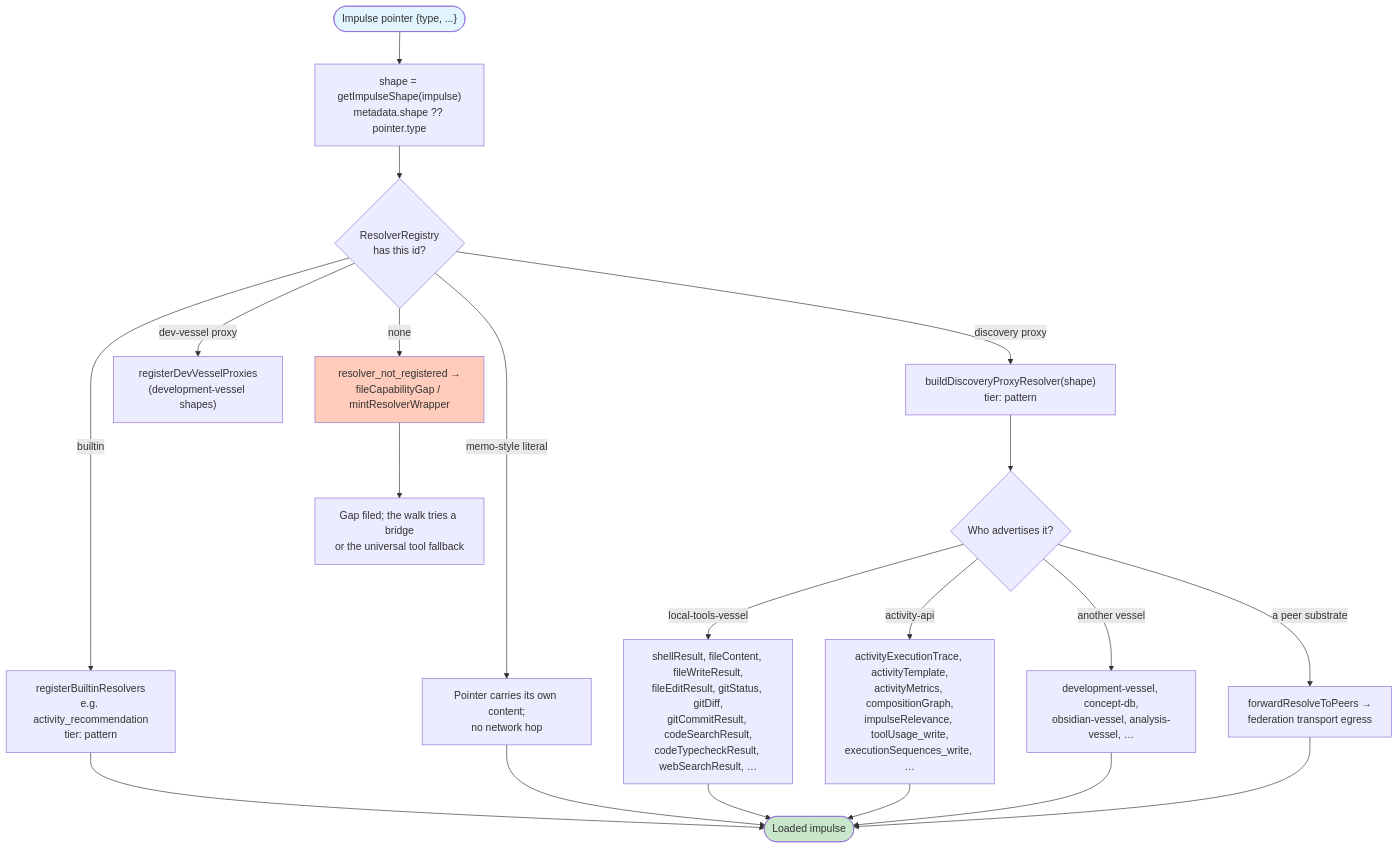
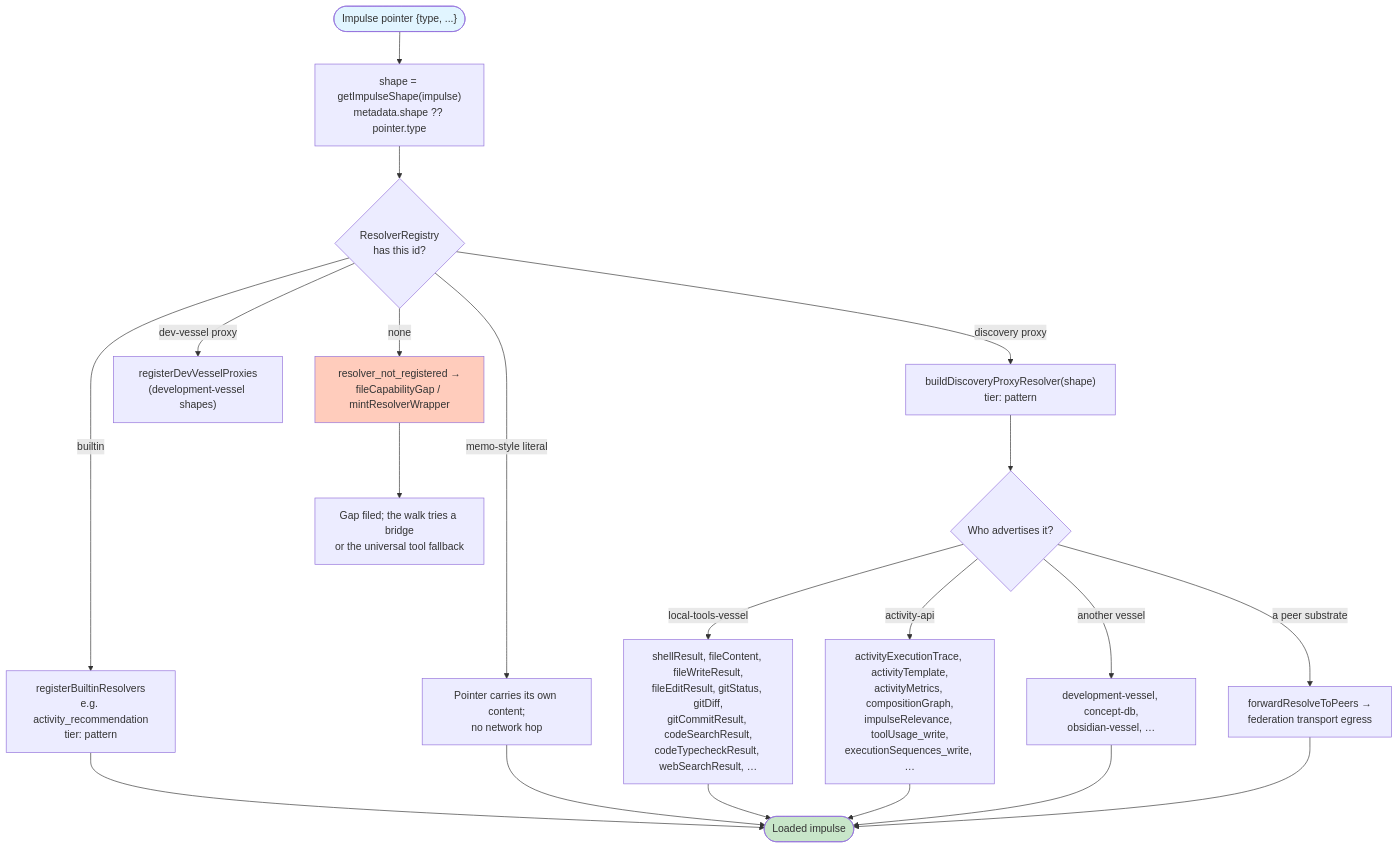
The fourth of 6 diagrams in docs/architecture/sequences/02-impulse-resolution.md (AviGopal/substrate), drawn with Mermaid before and after one commit. The commit also changed 25 other files, not shown here.

````diff
--- a/docs/architecture/sequences/02-impulse-resolution.md
+++ b/docs/architecture/sequences/02-impulse-resolution.md
@@ -155,30 +155,30 @@
 ```mermaid
 graph TD
     Start(["Impulse pointer {type, ...}"]) --> Shape["shape = getImpulseShape(impulse)<br/>metadata.shape ?? pointer.type"]
 
     Shape --> Lookup{"ResolverRegistry<br/>has this id?"}
 
     Lookup -->|"builtin"| Builtin["registerBuiltinResolvers<br/>e.g. activity_recommendation<br/>tier: pattern"]
     Lookup -->|"memo-style literal"| Memo["Pointer carries its own content;<br/>no network hop"]
     Lookup -->|"discovery proxy"| Proxy["buildDiscoveryProxyResolver(shape)<br/>tier: pattern"]
     Lookup -->|"dev-vessel proxy"| Dev["registerDevVesselProxies<br/>(development-vessel shapes)"]
     Lookup -->|"none"| Gap["resolver_not_registered →<br/>fileCapabilityGap / mintResolverWrapper"]
 
     Proxy --> Where{"Who advertises it?"}
     Where -->|"local-tools-vessel"| LT["shellResult, fileContent, fileWriteResult,<br/>fileEditResult, gitStatus, gitDiff,<br/>gitCommitResult, codeSearchResult,<br/>codeTypecheckResult, webSearchResult, …"]
     Where -->|"activity-api"| AA["activityExecutionTrace, activityTemplate,<br/>activityMetrics, compositionGraph,<br/>impulseRelevance, toolUsage_write,<br/>executionSequences_write, …"]
-    Where -->|"another vessel"| Other["development-vessel, concept-db,<br/>obsidian-vessel, analysis-vessel, …"]
+    Where -->|"another vessel"| Other["development-vessel, concept-db,<br/>obsidian-vessel, …"]
     Where -->|"a peer substrate"| Peer["forwardResolveToPeers →<br/>federation transport egress"]
 
     Builtin --> Out([Loaded impulse])
     Memo --> Out
     LT --> Out
     AA --> Out
     Other --> Out
     Peer --> Out
     Gap --> Escalate["Gap filed; the walk tries a bridge<br/>or the universal tool fallback"]
 
     style Start fill:#e1f5ff
     style Gap fill:#ffccbc
     style Out fill:#c8e6c9
 ```
````
